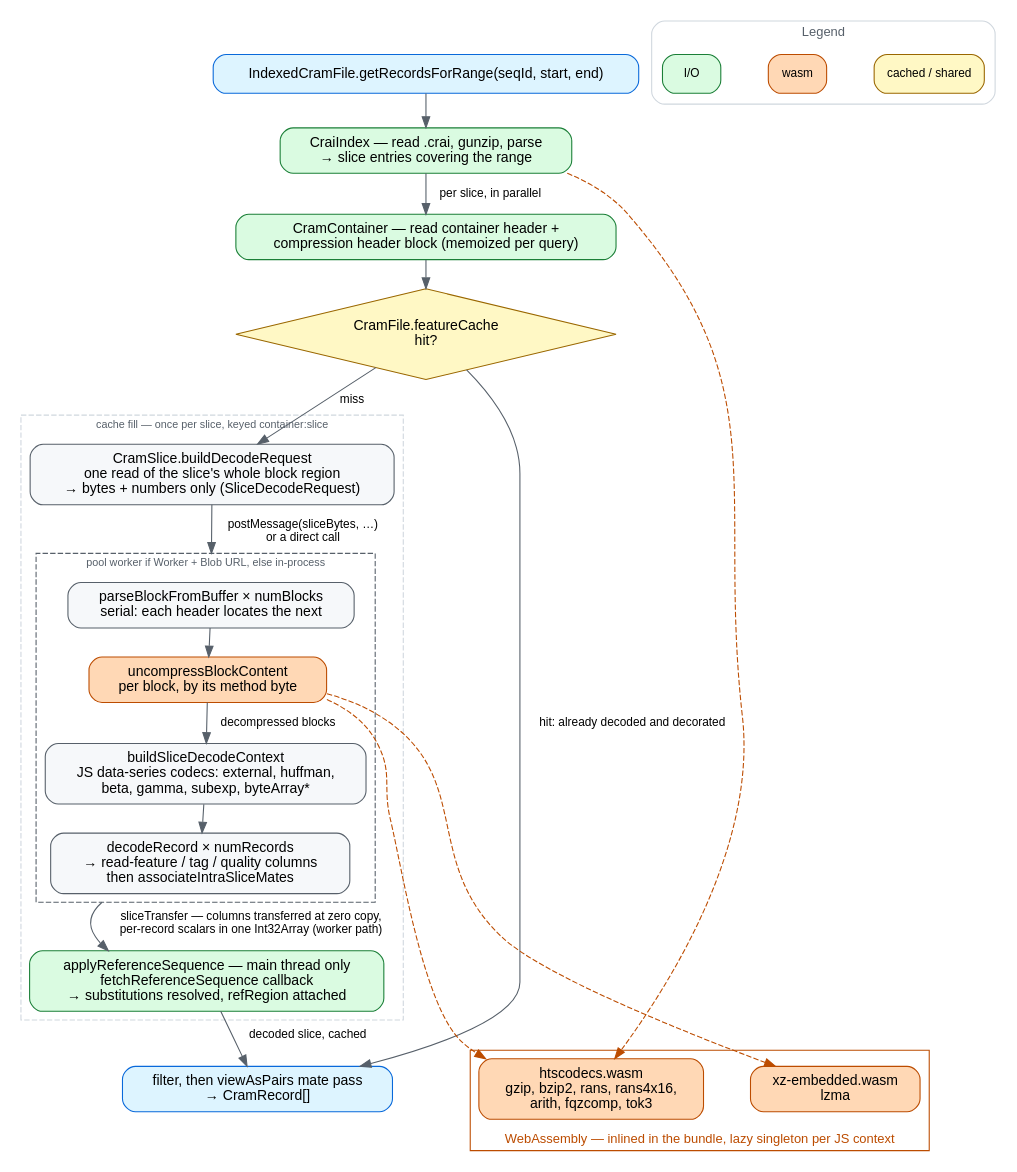
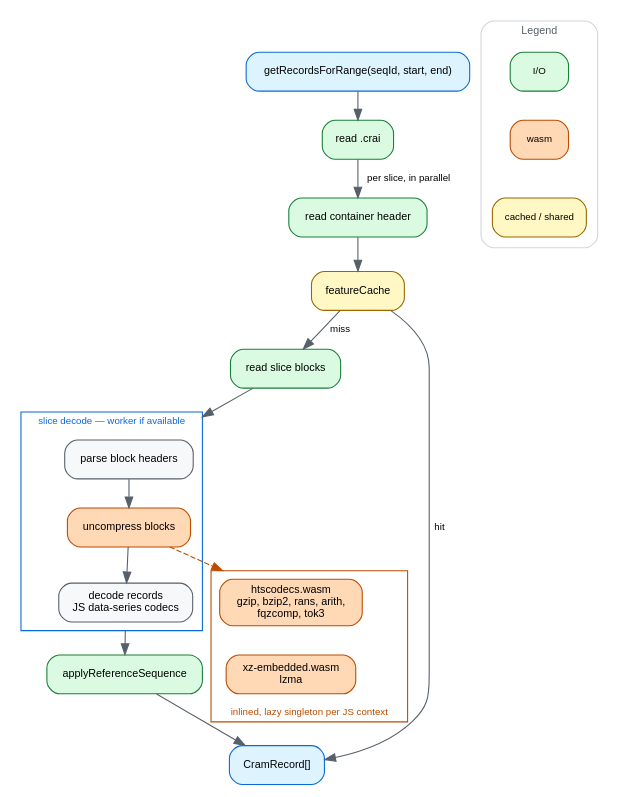
One commit to GMOD/cram-js changed the diagram in docs/img/dataflow.dot. Above: the diagram before and after it, drawn with Graphviz. The commit also changed 2 other files, not shown here.

Commit message:
docs: simplify the dataflow diagram
Cut it to the main path with short labels, matching bam-js and tabix-js:
prose-length node labels become names, the nested cache-fill cluster and the
separate decode-context box go, the cache diamond becomes a plain box, and the
long edge labels plus the crai -> htscodecs wire drop to one dashed edge into
the wasm cluster. All of it is already prose in dataflow.md.

Constraining that edge also drops the wasm cluster down beside the decode box
instead of pinning it top-right with wires across the canvas. 924pt wide to
555pt, so the text renders larger at a fixed embed width; bumped that embed to
820 to bring it closer to its siblings.

Claude-Session: https://claude.ai/code/session_01VHjL61WtsPJbA94DXmt88C

```diff
--- a/docs/img/dataflow.dot
+++ b/docs/img/dataflow.dot
@@ -1,91 +1,77 @@
-// Source for docs/img/dataflow.svg, which README.md embeds.
+// Source for docs/img/dataflow.svg, which dataflow.md embeds.
 // Regenerate with: dot -Tsvg docs/img/dataflow.dot -o docs/img/dataflow.svg
 //
-// Palette matches bam-js/tabix-js docs/img/dataflow.dot: blue for entry/exit,
-// green for I/O, orange for wasm, yellow for cached/shared state. cram's
-// decode path has real internal structure (cache fill, worker pool, JS
-// codecs), so unlike the other two this diagram keeps that structure instead
-// of collapsing to a single spine — the clusters are that structure, not
-// decoration.
-digraph cram {
+// Deliberately the MAIN PATH only, with short labels — the worker fallback, the
+// zero-copy transfer, the reference callback, the .crai's own gunzip and the
+// per-block wasm boundary are all explained in dataflow.md instead. A diagram
+// that shows every branch stops being the thing you look at first.
+//
+// SYNC: ~/src/gmod/bam-js/docs/img/dataflow.dot — same palette, legend and
+// spine. The two clusters are the one thing cram adds: what moves to a worker,
+// and what is wasm.
+digraph cramjs {
   rankdir=TB
   compound=true
-  newrank=true
   bgcolor="white"
   nodesep=0.3
   ranksep=0.36
-  fontname="Helvetica"
   node [shape=box style="filled,rounded" fillcolor="#f6f8fa" color="#57606a"
-        fontname="Helvetica" fontsize=13 margin="0.16,0.1"]
-  edge [fontname="Helvetica" fontsize=11 color="#57606a"]
+        fontname="Helvetica" fontsize=10 margin="0.14,0.07"]
+  edge [color="#57606a" fontname="Helvetica" fontsize=9]
 
-  query [label="IndexedCramFile.getRecordsForRange(seqId, start, end)" fillcolor="#ddf4ff" color="#0969da"]
-  crai  [label="CraiIndex — read .crai, gunzip, parse\n→ slice entries covering the range" fillcolor="#dafbe1" color="#1a7f37"]
-  cont  [label="CramContainer — read container header +\ncompression header block (memoized per query)" fillcolor="#dafbe1" color="#1a7f37"]
-  cache [label="CramFile.featureCache\nhit?" shape=diamond style="filled" fillcolor="#fff8c5" color="#9a6700" height=0.75 width=2.2]
-  out   [label="filter, then viewAsPairs mate pass\n→ CramRecord[]" fillcolor="#ddf4ff" color="#0969da"]
+  query [label="getRecordsForRange(seqId, start, end)" fillcolor="#ddf4ff" color="#0969da"]
+  crai  [label="read .crai" fillcolor="#dafbe1" color="#1a7f37"]
+  cont  [label="read container header" fillcolor="#dafbe1" color="#1a7f37"]
+  cache [label="featureCache" fillcolor="#fff8c5" color="#9a6700"]
+  read  [label="read slice blocks" fillcolor="#dafbe1" color="#1a7f37"]
+  ref   [label="applyReferenceSequence" fillcolor="#dafbe1" color="#1a7f37"]
+  out   [label="CramRecord[]" fillcolor="#ddf4ff" color="#0969da"]
 
-  subgraph cluster_fill {
-    label="cache fill — once per slice, keyed container:slice"
-    color="#d0d7de" fontcolor="#57606a" fontsize=10 style=dashed
+  subgraph cluster_decode {
+    label="slice decode — worker if available"
+    fontname="Helvetica" fontsize=9 fontcolor="#0969da" color="#0969da"
 
-    req [label="CramSlice.buildDecodeRequest\none read of the slice's whole block region\n→ bytes + numbers only (SliceDecodeRequest)"]
-
-    subgraph cluster_decode {
-      label="pool worker if Worker + Blob URL, else in-process"
-      color="#57606a" fontcolor="#57606a" fontsize=10
-
-      walk  [label="parseBlockFromBuffer × numBlocks\nserial: each header locates the next"]
-      uncmp [label="uncompressBlockContent\nper block, by its method byte" fillcolor="#ffd8b5" color="#bc4c00"]
-      ctx   [label="buildSliceDecodeContext\nJS data-series codecs: external, huffman,\nbeta, gamma, subexp, byteArray*"]
-      recs  [label="decodeRecord × numRecords\n→ read-feature / tag / quality columns\nthen associateIntraSliceMates"]
-    }
-
-    ref [label="applyReferenceSequence — main thread only\nfetchReferenceSequence callback\n→ substitutions resolved, refRegion attached" fillcolor="#dafbe1" color="#1a7f37"]
+    walk  [label="parse block headers"]
+    uncmp [label="uncompress blocks" fillcolor="#ffd8b5" color="#bc4c00"]
+    recs  [label="decode records\nJS data-series codecs"]
   }
 
   subgraph cluster_wasm {
-    label="WebAssembly — inlined in the bundle, lazy singleton per JS context"
+    label="inlined, lazy singleton per JS context"
     labelloc=b
-    color="#bc4c00" fontcolor="#bc4c00" fontsize=12
+    fontname="Helvetica" fontsize=9 fontcolor="#bc4c00" color="#bc4c00"
 
-    hts [label="htscodecs.wasm\ngzip, bzip2, rans, rans4x16,\narith, fqzcomp, tok3" style="filled,rounded" fillcolor="#ffd8b5" color="#bc4c00"]
-    xz  [label="xz-embedded.wasm\nlzma" style="filled,rounded" fillcolor="#ffd8b5" color="#bc4c00"]
+    hts [label="htscodecs.wasm\ngzip, bzip2, rans, arith,\nfqzcomp, tok3" fillcolor="#ffd8b5" color="#bc4c00"]
+    xz  [label="xz-embedded.wasm\nlzma" fillcolor="#ffd8b5" color="#bc4c00"]
     hts -> xz [style=invis]
   }
 
   query -> crai
-  crai  -> cont  [label="  per slice, in parallel"]
+  crai  -> cont  [label=" per slice, in parallel "]
   cont  -> cache
-  cache -> req   [label="  miss"]
-  req   -> walk  [label="  postMessage(sliceBytes, …)\n  or a direct call" lhead=cluster_decode]
+  cache -> read  [label=" miss "]
+  read  -> walk  [lhead=cluster_decode]
   walk  -> uncmp
-  uncmp -> ctx   [label="  decompressed blocks"]
-  ctx   -> recs
-  recs  -> ref   [label="  sliceTransfer — columns transferred at zero copy,\n  per-record scalars in one Int32Array (worker path)" ltail=cluster_decode]
-  ref   -> out   [label="  decoded slice, cached"]
-  cache -> out   [label="  hit: already decoded and decorated"]
+  uncmp -> recs
+  recs  -> ref   [ltail=cluster_decode]
+  ref   -> out
+  cache -> out   [label=" hit "]
 
-  crai  -> hts   [style=dashed color="#bc4c00" constraint=false]
-  uncmp -> hts   [style=dashed color="#bc4c00" constraint=false]
-  uncmp -> xz    [style=dashed color="#bc4c00" constraint=false]
+  uncmp -> hts   [style=dashed color="#bc4c00" lhead=cluster_wasm]
 
   subgraph cluster_legend {
     label="Legend"
     labelloc="t"
     fontname="Helvetica"
-    fontsize=12
+    fontsize=10
     fontcolor="#57606a"
     color="#d0d7de"
     style="rounded"
     margin=10
-    rank=same
-    node [shape=box style="filled,rounded" fontsize=11 margin="0.1,0.05"]
+    node [shape=box style="filled,rounded" fontsize=9 margin="0.1,0.04"]
     l1 [label="I/O" fillcolor="#dafbe1" color="#1a7f37"]
     l2 [label="wasm" fillcolor="#ffd8b5" color="#bc4c00"]
     l3 [label="cached / shared" fillcolor="#fff8c5" color="#9a6700"]
     l1 -> l2 -> l3 [style=invis]
   }
-
-  { rank=same; out; hts; xz }
 }
```
